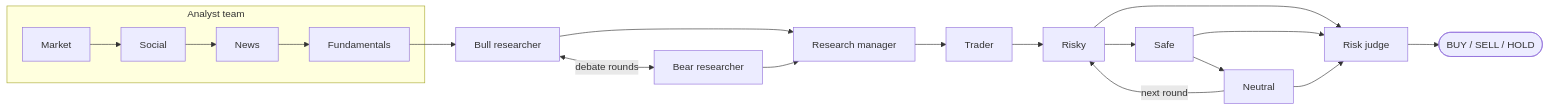
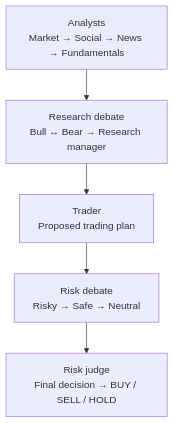
The diagram in README.md (Yanqing-Jiang/TradingAgents), drawn with Mermaid before and after one commit.

Commit message:
docs: keep architecture diagrams readable at default zoom

````diff
--- a/README.md
+++ b/README.md
@@ -41,16 +41,8 @@
 ```mermaid
-flowchart LR
-  subgraph A[Analyst team]
-    M[Market] --> S[Social] --> N[News] --> F[Fundamentals]
-  end
-  F --> BR[Bull researcher]
-  BR <-->|debate rounds| BE[Bear researcher]
-  BR --> RM[Research manager]
-  BE --> RM
-  RM --> T[Trader]
-  T --> RK[Risky]
-  RK --> SF[Safe] --> NE[Neutral]
-  NE -->|next round| RK
-  RK & SF & NE --> RJ[Risk judge]
-  RJ --> D([BUY / SELL / HOLD])
+flowchart TD
+  A["Analysts<br/>Market → Social → News → Fundamentals"]
+  A --> B["Research debate<br/>Bull ↔ Bear → Research manager"]
+  B --> T["Trader<br/>Proposed trading plan"]
+  T --> R["Risk debate<br/>Risky → Safe → Neutral"]
+  R --> J["Risk judge<br/>Final decision → BUY / SELL / HOLD"]
 ```
````
